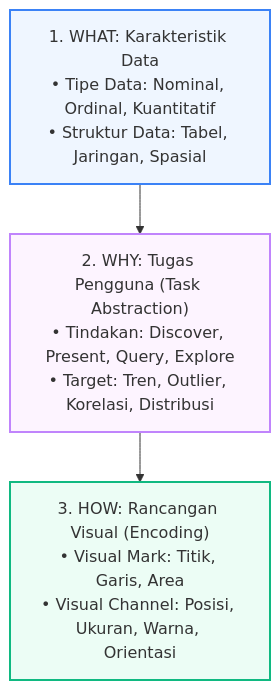
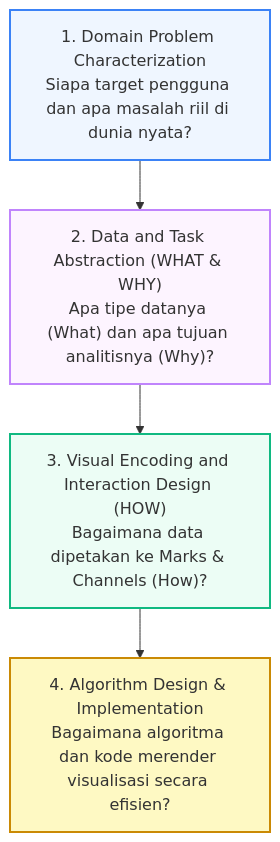
Before and after one commit to mahendaruui/Perkuliahan: the second of 3 diagrams in docs/visualisasi-data/03-prinsip-tufte-munzner.md, drawn with Mermaid. The commit also changed other lines of this file and 15 other files, not shown here.

Commit message:
docs: update educational modules with enhanced visualizations, interactive Streamlit components, and improved caching architecture

````diff
--- a/docs/visualisasi-data/03-prinsip-tufte-munzner.md
+++ b/docs/visualisasi-data/03-prinsip-tufte-munzner.md
@@ -55,9 +80,14 @@
 ```mermaid
 flowchart TD
-    A["1. WHAT: Karakteristik Data<br>• Tipe Data: Nominal, Ordinal, Kuantitatif<br>• Struktur Data: Tabel, Jaringan, Spasial"] --> B["2. WHY: Tugas Pengguna (Task Abstraction)<br>• Tindakan: Discover, Present, Query, Explore<br>• Target: Tren, Outlier, Korelasi, Distribusi"]
-    B --> C["3. HOW: Rancangan Visual (Encoding)<br>• Visual Mark: Titik, Garis, Area<br>• Visual Channel: Posisi, Ukuran, Warna, Orientasi"]
+    L1["1. Domain Problem Characterization<br>Siapa target pengguna dan apa masalah riil di dunia nyata?"]
+    L2["2. Data and Task Abstraction (WHAT & WHY)<br>Apa tipe datanya (What) dan apa tujuan analitisnya (Why)?"]
+    L3["3. Visual Encoding and Interaction Design (HOW)<br>Bagaimana data dipetakan ke Marks & Channels (How)?"]
+    L4["4. Algorithm Design & Implementation<br>Bagaimana algoritma dan kode merender visualisasi secara efisien?"]
 
-    style A fill:#eff6ff,stroke:#3b82f6,stroke-width:2px
-    style B fill:#fdf4ff,stroke:#c084fc,stroke-width:2px
-    style C fill:#ecfdf5,stroke:#10b981,stroke-width:2px
+    L1 --> L2 --> L3 --> L4
+
+    style L1 fill:#eff6ff,stroke:#3b82f6,stroke-width:2px
+    style L2 fill:#fdf4ff,stroke:#c084fc,stroke-width:2px
+    style L3 fill:#ecfdf5,stroke:#10b981,stroke-width:2px
+    style L4 fill:#fef9c3,stroke:#ca8a04,stroke-width:2px
 ```
````
